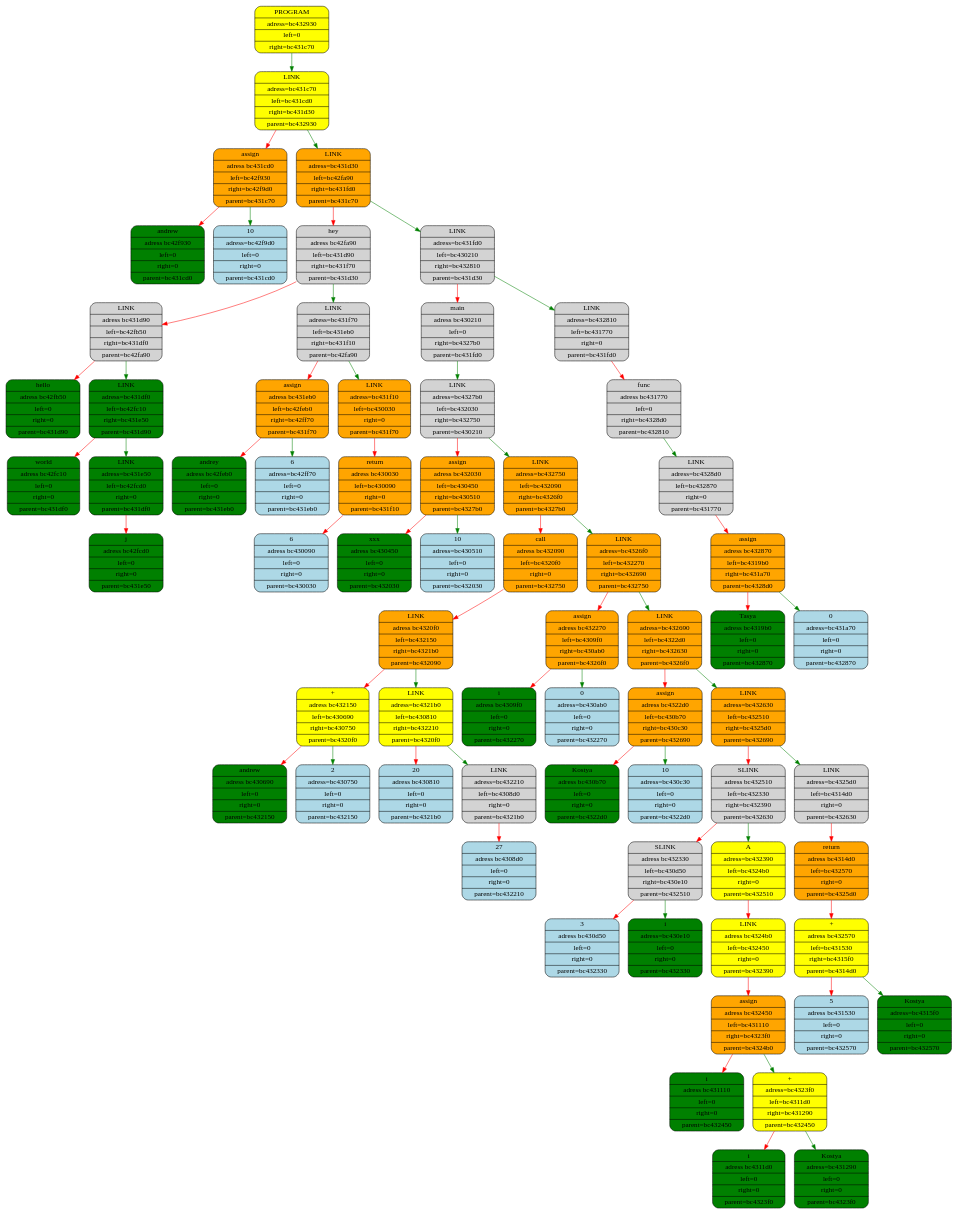
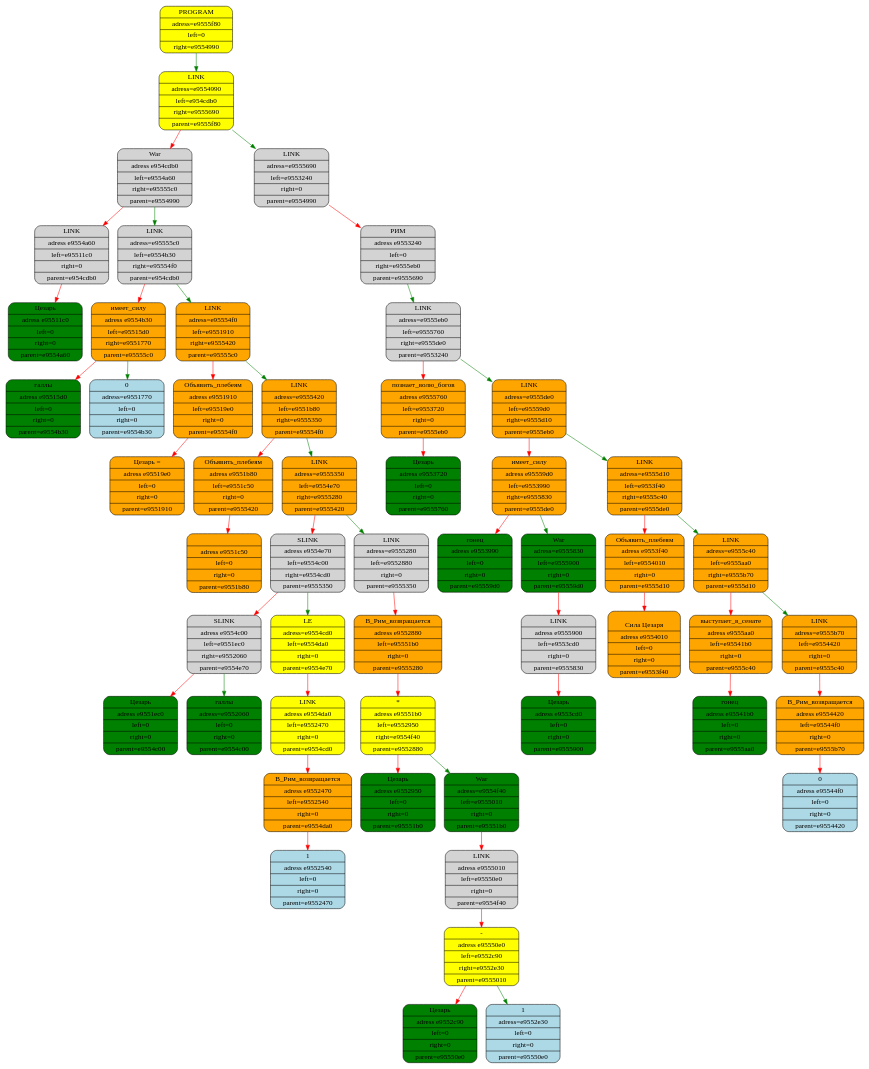
One commit to kostya2709/New_Roman changed the diagram in equation_dump.gv. Above: the diagram before and after it, drawn with Graphviz. The commit also changed 26 other files, not shown here.

```diff
--- a/equation_dump.gv
+++ b/equation_dump.gv
@@ -1,136 +1,108 @@
 digraph First{
 node [shape="Mrecord", style="filled", fillcolor="lightblue"];
-"boxbc432930" [fillcolor = "yellow",label="{PROGRAM|adress=bc432930|left=0|right=bc431c70}"];
-"boxbc431c70" [fillcolor="yellow",label="{LINK|adress=bc431c70|left=bc431cd0|right=bc431d30|parent=bc432930}"];
-"boxbc432930" -> "boxbc431c70"[color="green"];
-"boxbc431cd0" [fillcolor="orange",label="{assign|adress bc431cd0|left=bc42f930|right=bc42f9d0|parent=bc431c70}"];
-"boxbc431c70" -> "boxbc431cd0"[color="red"];
-"boxbc42f930" [fillcolor="green",label="{andrew|adress bc42f930|left=0|right=0|parent=bc431cd0}"];
-"boxbc431cd0" -> "boxbc42f930"[color="red"];
-"boxbc42f9d0" [label="{10|adress=bc42f9d0|left=0|right=0|parent=bc431cd0}"];
-"boxbc431cd0" -> "boxbc42f9d0"[color="green"];
-"boxbc431d30" [fillcolor="orange",label="{LINK|adress=bc431d30|left=bc42fa90|right=bc431fd0|parent=bc431c70}"];
-"boxbc431c70" -> "boxbc431d30"[color="green"];
-"boxbc42fa90" [fillcolor="",label="{hey|adress bc42fa90|left=bc431d90|right=bc431f70|parent=bc431d30}"];
-"boxbc431d30" -> "boxbc42fa90"[color="red"];
-"boxbc431d90" [fillcolor="",label="{LINK|adress bc431d90|left=bc42fb50|right=bc431df0|parent=bc42fa90}"];
-"boxbc42fa90" -> "boxbc431d90"[color="red"];
-"boxbc42fb50" [fillcolor="green",label="{hello|adress bc42fb50|left=0|right=0|parent=bc431d90}"];
-"boxbc431d90" -> "boxbc42fb50"[color="red"];
-"boxbc431df0" [fillcolor="green",label="{LINK|adress=bc431df0|left=bc42fc10|right=bc431e50|parent=bc431d90}"];
-"boxbc431d90" -> "boxbc431df0"[color="green"];
-"boxbc42fc10" [fillcolor="green",label="{world|adress bc42fc10|left=0|right=0|parent=bc431df0}"];
-"boxbc431df0" -> "boxbc42fc10"[color="red"];
-"boxbc431e50" [fillcolor="green",label="{LINK|adress=bc431e50|left=bc42fcd0|right=0|parent=bc431df0}"];
-"boxbc431df0" -> "boxbc431e50"[color="green"];
-"boxbc42fcd0" [fillcolor="green",label="{j|adress bc42fcd0|left=0|right=0|parent=bc431e50}"];
-"boxbc431e50" -> "boxbc42fcd0"[color="red"];
-"boxbc431f70" [fillcolor="",label="{LINK|adress=bc431f70|left=bc431eb0|right=bc431f10|parent=bc42fa90}"];
-"boxbc42fa90" -> "boxbc431f70"[color="green"];
-"boxbc431eb0" [fillcolor="orange",label="{assign|adress bc431eb0|left=bc42feb0|right=bc42ff70|parent=bc431f70}"];
-"boxbc431f70" -> "boxbc431eb0"[color="red"];
-"boxbc42feb0" [fillcolor="green",label="{andrey|adress bc42feb0|left=0|right=0|parent=bc431eb0}"];
-"boxbc431eb0" -> "boxbc42feb0"[color="red"];
-"boxbc42ff70" [label="{6|adress=bc42ff70|left=0|right=0|parent=bc431eb0}"];
-"boxbc431eb0" -> "boxbc42ff70"[color="green"];
-"boxbc431f10" [fillcolor="orange",label="{LINK|adress=bc431f10|left=bc430030|right=0|parent=bc431f70}"];
-"boxbc431f70" -> "boxbc431f10"[color="green"];
-"boxbc430030" [fillcolor="orange",label="{return|adress bc430030|left=bc430090|right=0|parent=bc431f10}"];
-"boxbc431f10" -> "boxbc430030"[color="red"];
-"boxbc430090" [label="{6|adress bc430090|left=0|right=0|parent=bc430030}"];
-"boxbc430030" -> "boxbc430090"[color="red"];
-"boxbc431fd0" [fillcolor="",label="{LINK|adress=bc431fd0|left=bc430210|right=bc432810|parent=bc431d30}"];
-"boxbc431d30" -> "boxbc431fd0"[color="green"];
-"boxbc430210" [fillcolor="",label="{main|adress bc430210|left=0|right=bc4327b0|parent=bc431fd0}"];
-"boxbc431fd0" -> "boxbc430210"[color="red"];
-"boxbc4327b0" [fillcolor="",label="{LINK|adress=bc4327b0|left=bc432030|right=bc432750|parent=bc430210}"];
-"boxbc430210" -> "boxbc4327b0"[color="green"];
-"boxbc432030" [fillcolor="orange",label="{assign|adress bc432030|left=bc430450|right=bc430510|parent=bc4327b0}"];
-"boxbc4327b0" -> "boxbc432030"[color="red"];
-"boxbc430450" [fillcolor="green",label="{xxx|adress bc430450|left=0|right=0|parent=bc432030}"];
-"boxbc432030" -> "boxbc430450"[color="red"];
-"boxbc430510" [label="{10|adress=bc430510|left=0|right=0|parent=bc432030}"];
-"boxbc432030" -> "boxbc430510"[color="green"];
-"boxbc432750" [fillcolor="orange",label="{LINK|adress=bc432750|left=bc432090|right=bc4326f0|parent=bc4327b0}"];
-"boxbc4327b0" -> "boxbc432750"[color="green"];
-"boxbc432090" [fillcolor="orange",label="{call|adress bc432090|left=bc4320f0|right=0|parent=bc432750}"];
-"boxbc432750" -> "boxbc432090"[color="red"];
-"boxbc4320f0" [fillcolor="orange",label="{LINK|adress bc4320f0|left=bc432150|right=bc4321b0|parent=bc432090}"];
-"boxbc432090" -> "boxbc4320f0"[color="red"];
-"boxbc432150" [fillcolor="yellow",label="{+|adress bc432150|left=bc430690|right=bc430750|parent=bc4320f0}"];
-"boxbc4320f0" -> "boxbc432150"[color="red"];
-"boxbc430690" [fillcolor="green",label="{andrew|adress bc430690|left=0|right=0|parent=bc432150}"];
-"boxbc432150" -> "boxbc430690"[color="red"];
-"boxbc430750" [label="{2|adress=bc430750|left=0|right=0|parent=bc432150}"];
-"boxbc432150" -> "boxbc430750"[color="green"];
-"boxbc4321b0" [fillcolor="yellow",label="{LINK|adress=bc4321b0|left=bc430810|right=bc432210|parent=bc4320f0}"];
-"boxbc4320f0" -> "boxbc4321b0"[color="green"];
-"boxbc430810" [label="{20|adress bc430810|left=0|right=0|parent=bc4321b0}"];
-"boxbc4321b0" -> "boxbc430810"[color="red"];
-"boxbc432210" [fillcolor="",label="{LINK|adress=bc432210|left=bc4308d0|right=0|parent=bc4321b0}"];
-"boxbc4321b0" -> "boxbc432210"[color="green"];
-"boxbc4308d0" [label="{27|adress bc4308d0|left=0|right=0|parent=bc432210}"];
-"boxbc432210" -> "boxbc4308d0"[color="red"];
-"boxbc4326f0" [fillcolor="orange",label="{LINK|adress=bc4326f0|left=bc432270|right=bc432690|parent=bc432750}"];
-"boxbc432750" -> "boxbc4326f0"[color="green"];
-"boxbc432270" [fillcolor="orange",label="{assign|adress bc432270|left=bc4309f0|right=bc430ab0|parent=bc4326f0}"];
-"boxbc4326f0" -> "boxbc432270"[color="red"];
-"boxbc4309f0" [fillcolor="green",label="{i|adress bc4309f0|left=0|right=0|parent=bc432270}"];
-"boxbc432270" -> "boxbc4309f0"[color="red"];
-"boxbc430ab0" [label="{0|adress=bc430ab0|left=0|right=0|parent=bc432270}"];
-"boxbc432270" -> "boxbc430ab0"[color="green"];
-"boxbc432690" [fillcolor="orange",label="{LINK|adress=bc432690|left=bc4322d0|right=bc432630|parent=bc4326f0}"];
-"boxbc4326f0" -> "boxbc432690"[color="green"];
-"boxbc4322d0" [fillcolor="orange",label="{assign|adress bc4322d0|left=bc430b70|right=bc430c30|parent=bc432690}"];
-"boxbc432690" -> "boxbc4322d0"[color="red"];
-"boxbc430b70" [fillcolor="green",label="{Kostya|adress bc430b70|left=0|right=0|parent=bc4322d0}"];
-"boxbc4322d0" -> "boxbc430b70"[color="red"];
-"boxbc430c30" [label="{10|adress=bc430c30|left=0|right=0|parent=bc4322d0}"];
-"boxbc4322d0" -> "boxbc430c30"[color="green"];
-"boxbc432630" [fillcolor="orange",label="{LINK|adress=bc432630|left=bc432510|right=bc4325d0|parent=bc432690}"];
-"boxbc432690" -> "boxbc432630"[color="green"];
-"boxbc432510" [fillcolor="",label="{SLINK|adress bc432510|left=bc432330|right=bc432390|parent=bc432630}"];
-"boxbc432630" -> "boxbc432510"[color="red"];
-"boxbc432330" [fillcolor="",label="{SLINK|adress bc432330|left=bc430d50|right=bc430e10|parent=bc432510}"];
-"boxbc432510" -> "boxbc432330"[color="red"];
-"boxbc430d50" [label="{3|adress bc430d50|left=0|right=0|parent=bc432330}"];
-"boxbc432330" -> "boxbc430d50"[color="red"];
-"boxbc430e10" [fillcolor="green",label="{i|adress=bc430e10|left=0|right=0|parent=bc432330}"];
-"boxbc432330" -> "boxbc430e10"[color="green"];
-"boxbc432390" [fillcolor="yellow",label="{A|adress=bc432390|left=bc4324b0|right=0|parent=bc432510}"];
-"boxbc432510" -> "boxbc432390"[color="green"];
-"boxbc4324b0" [fillcolor="yellow",label="{LINK|adress bc4324b0|left=bc432450|right=0|parent=bc432390}"];
-"boxbc432390" -> "boxbc4324b0"[color="red"];
-"boxbc432450" [fillcolor="orange",label="{assign|adress bc432450|left=bc431110|right=bc4323f0|parent=bc4324b0}"];
-"boxbc4324b0" -> "boxbc432450"[color="red"];
-"boxbc431110" [fillcolor="green",label="{i|adress bc431110|left=0|right=0|parent=bc432450}"];
-"boxbc432450" -> "boxbc431110"[color="red"];
-"boxbc4323f0" [fillcolor="yellow",label="{+|adress=bc4323f0|left=bc4311d0|right=bc431290|parent=bc432450}"];
-"boxbc432450" -> "boxbc4323f0"[color="green"];
-"boxbc4311d0" [fillcolor="green",label="{i|adress bc4311d0|left=0|right=0|parent=bc4323f0}"];
-"boxbc4323f0" -> "boxbc4311d0"[color="red"];
-"boxbc431290" [fillcolor="green",label="{Kostya|adress=bc431290|left=0|right=0|parent=bc4323f0}"];
-"boxbc4323f0" -> "boxbc431290"[color="green"];
-"boxbc4325d0" [fillcolor="",label="{LINK|adress=bc4325d0|left=bc4314d0|right=0|parent=bc432630}"];
-"boxbc432630" -> "boxbc4325d0"[color="green"];
-"boxbc4314d0" [fillcolor="orange",label="{return|adress bc4314d0|left=bc432570|right=0|parent=bc4325d0}"];
-"boxbc4325d0" -> "boxbc4314d0"[color="red"];
-"boxbc432570" [fillcolor="yellow",label="{+|adress bc432570|left=bc431530|right=bc4315f0|parent=bc4314d0}"];
-"boxbc4314d0" -> "boxbc432570"[color="red"];
-"boxbc431530" [label="{5|adress bc431530|left=0|right=0|parent=bc432570}"];
-"boxbc432570" -> "boxbc431530"[color="red"];
-"boxbc4315f0" [fillcolor="green",label="{Kostya|adress=bc4315f0|left=0|right=0|parent=bc432570}"];
-"boxbc432570" -> "boxbc4315f0"[color="green"];
-"boxbc432810" [fillcolor="",label="{LINK|adress=bc432810|left=bc431770|right=0|parent=bc431fd0}"];
-"boxbc431fd0" -> "boxbc432810"[color="green"];
-"boxbc431770" [fillcolor="",label="{func|adress bc431770|left=0|right=bc4328d0|parent=bc432810}"];
-"boxbc432810" -> "boxbc431770"[color="red"];
-"boxbc4328d0" [fillcolor="",label="{LINK|adress=bc4328d0|left=bc432870|right=0|parent=bc431770}"];
-"boxbc431770" -> "boxbc4328d0"[color="green"];
-"boxbc432870" [fillcolor="orange",label="{assign|adress bc432870|left=bc4319b0|right=bc431a70|parent=bc4328d0}"];
-"boxbc4328d0" -> "boxbc432870"[color="red"];
-"boxbc4319b0" [fillcolor="green",label="{Tasya|adress bc4319b0|left=0|right=0|parent=bc432870}"];
-"boxbc432870" -> "boxbc4319b0"[color="red"];
-"boxbc431a70" [label="{0|adress=bc431a70|left=0|right=0|parent=bc432870}"];
-"boxbc432870" -> "boxbc431a70"[color="green"];
+"boxe9555f80" [fillcolor = "yellow",label="{PROGRAM|adress=e9555f80|left=0|right=e9554990}"];
+"boxe9554990" [fillcolor="yellow",label="{LINK|adress=e9554990|left=e954cdb0|right=e9555690|parent=e9555f80}"];
+"boxe9555f80" -> "boxe9554990"[color="green"];
+"boxe954cdb0" [fillcolor="",label="{War|adress e954cdb0|left=e9554a60|right=e95555c0|parent=e9554990}"];
+"boxe9554990" -> "boxe954cdb0"[color="red"];
+"boxe9554a60" [fillcolor="",label="{LINK|adress e9554a60|left=e95511c0|right=0|parent=e954cdb0}"];
+"boxe954cdb0" -> "boxe9554a60"[color="red"];
+"boxe95511c0" [fillcolor="green",label="{Цезарь|adress e95511c0|left=0|right=0|parent=e9554a60}"];
+"boxe9554a60" -> "boxe95511c0"[color="red"];
+"boxe95555c0" [fillcolor="",label="{LINK|adress=e95555c0|left=e9554b30|right=e95554f0|parent=e954cdb0}"];
+"boxe954cdb0" -> "boxe95555c0"[color="green"];
+"boxe9554b30" [fillcolor="orange",label="{имеет_силу|adress e9554b30|left=e95515d0|right=e9551770|parent=e95555c0}"];
+"boxe95555c0" -> "boxe9554b30"[color="red"];
+"boxe95515d0" [fillcolor="green",label="{галлы|adress e95515d0|left=0|right=0|parent=e9554b30}"];
+"boxe9554b30" -> "boxe95515d0"[color="red"];
+"boxe9551770" [label="{0|adress=e9551770|left=0|right=0|parent=e9554b30}"];
+"boxe9554b30" -> "boxe9551770"[color="green"];
+"boxe95554f0" [fillcolor="orange",label="{LINK|adress=e95554f0|left=e9551910|right=e9555420|parent=e95555c0}"];
+"boxe95555c0" -> "boxe95554f0"[color="green"];
+"boxe9551910" [fillcolor="orange",label="{Объявить_плебеям|adress e9551910|left=e95519e0|right=0|parent=e95554f0}"];
+"boxe95554f0" -> "boxe9551910"[color="red"];
+"boxe95519e0" [fillcolor="orange",label="{Цезарь = |adress e95519e0|left=0|right=0|parent=e9551910}"];
+"boxe9551910" -> "boxe95519e0"[color="red"];
+"boxe9555420" [fillcolor="orange",label="{LINK|adress=e9555420|left=e9551b80|right=e9555350|parent=e95554f0}"];
+"boxe95554f0" -> "boxe9555420"[color="green"];
+"boxe9551b80" [fillcolor="orange",label="{Объявить_плебеям|adress e9551b80|left=e9551c50|right=0|parent=e9555420}"];
+"boxe9555420" -> "boxe9551b80"[color="red"];
+"boxe9551c50" [fillcolor="orange",label="{\n|adress e9551c50|left=0|right=0|parent=e9551b80}"];
+"boxe9551b80" -> "boxe9551c50"[color="red"];
+"boxe9555350" [fillcolor="orange",label="{LINK|adress=e9555350|left=e9554e70|right=e9555280|parent=e9555420}"];
+"boxe9555420" -> "boxe9555350"[color="green"];
+"boxe9554e70" [fillcolor="",label="{SLINK|adress e9554e70|left=e9554c00|right=e9554cd0|parent=e9555350}"];
+"boxe9555350" -> "boxe9554e70"[color="red"];
+"boxe9554c00" [fillcolor="",label="{SLINK|adress e9554c00|left=e9551ec0|right=e9552060|parent=e9554e70}"];
+"boxe9554e70" -> "boxe9554c00"[color="red"];
+"boxe9551ec0" [fillcolor="green",label="{Цезарь|adress e9551ec0|left=0|right=0|parent=e9554c00}"];
+"boxe9554c00" -> "boxe9551ec0"[color="red"];
+"boxe9552060" [fillcolor="green",label="{галлы|adress=e9552060|left=0|right=0|parent=e9554c00}"];
+"boxe9554c00" -> "boxe9552060"[color="green"];
+"boxe9554cd0" [fillcolor="yellow",label="{LE|adress=e9554cd0|left=e9554da0|right=0|parent=e9554e70}"];
+"boxe9554e70" -> "boxe9554cd0"[color="green"];
+"boxe9554da0" [fillcolor="yellow",label="{LINK|adress e9554da0|left=e9552470|right=0|parent=e9554cd0}"];
+"boxe9554cd0" -> "boxe9554da0"[color="red"];
+"boxe9552470" [fillcolor="orange",label="{В_Рим_возвращается|adress e9552470|left=e9552540|right=0|parent=e9554da0}"];
+"boxe9554da0" -> "boxe9552470"[color="red"];
+"boxe9552540" [label="{1|adress e9552540|left=0|right=0|parent=e9552470}"];
+"boxe9552470" -> "boxe9552540"[color="red"];
+"boxe9555280" [fillcolor="",label="{LINK|adress=e9555280|left=e9552880|right=0|parent=e9555350}"];
+"boxe9555350" -> "boxe9555280"[color="green"];
+"boxe9552880" [fillcolor="orange",label="{В_Рим_возвращается|adress e9552880|left=e95551b0|right=0|parent=e9555280}"];
+"boxe9555280" -> "boxe9552880"[color="red"];
+"boxe95551b0" [fillcolor="yellow",label="{*|adress e95551b0|left=e9552950|right=e9554f40|parent=e9552880}"];
+"boxe9552880" -> "boxe95551b0"[color="red"];
+"boxe9552950" [fillcolor="green",label="{Цезарь|adress e9552950|left=0|right=0|parent=e95551b0}"];
+"boxe95551b0" -> "boxe9552950"[color="red"];
+"boxe9554f40" [fillcolor="green",label="{War|adress=e9554f40|left=e9555010|right=0|parent=e95551b0}"];
+"boxe95551b0" -> "boxe9554f40"[color="green"];
+"boxe9555010" [fillcolor="",label="{LINK|adress e9555010|left=e95550e0|right=0|parent=e9554f40}"];
+"boxe9554f40" -> "boxe9555010"[color="red"];
+"boxe95550e0" [fillcolor="yellow",label="{-|adress e95550e0|left=e9552c90|right=e9552e30|parent=e9555010}"];
+"boxe9555010" -> "boxe95550e0"[color="red"];
+"boxe9552c90" [fillcolor="green",label="{Цезарь|adress e9552c90|left=0|right=0|parent=e95550e0}"];
+"boxe95550e0" -> "boxe9552c90"[color="red"];
+"boxe9552e30" [label="{1|adress=e9552e30|left=0|right=0|parent=e95550e0}"];
+"boxe95550e0" -> "boxe9552e30"[color="green"];
+"boxe9555690" [fillcolor="",label="{LINK|adress=e9555690|left=e9553240|right=0|parent=e9554990}"];
+"boxe9554990" -> "boxe9555690"[color="green"];
+"boxe9553240" [fillcolor="",label="{РИМ|adress e9553240|left=0|right=e9555eb0|parent=e9555690}"];
+"boxe9555690" -> "boxe9553240"[color="red"];
+"boxe9555eb0" [fillcolor="",label="{LINK|adress=e9555eb0|left=e9555760|right=e9555de0|parent=e9553240}"];
+"boxe9553240" -> "boxe9555eb0"[color="green"];
+"boxe9555760" [fillcolor="orange",label="{познает_волю_богов|adress e9555760|left=e9553720|right=0|parent=e9555eb0}"];
+"boxe9555eb0" -> "boxe9555760"[color="red"];
+"boxe9553720" [fillcolor="green",label="{Цезарь|adress e9553720|left=0|right=0|parent=e9555760}"];
+"boxe9555760" -> "boxe9553720"[color="red"];
+"boxe9555de0" [fillcolor="orange",label="{LINK|adress=e9555de0|left=e95559d0|right=e9555d10|parent=e9555eb0}"];
+"boxe9555eb0" -> "boxe9555de0"[color="green"];
+"boxe95559d0" [fillcolor="orange",label="{имеет_силу|adress e95559d0|left=e9553990|right=e9555830|parent=e9555de0}"];
+"boxe9555de0" -> "boxe95559d0"[color="red"];
+"boxe9553990" [fillcolor="green",label="{гонец|adress e9553990|left=0|right=0|parent=e95559d0}"];
+"boxe95559d0" -> "boxe9553990"[color="red"];
+"boxe9555830" [fillcolor="green",label="{War|adress=e9555830|left=e9555900|right=0|parent=e95559d0}"];
+"boxe95559d0" -> "boxe9555830"[color="green"];
+"boxe9555900" [fillcolor="",label="{LINK|adress e9555900|left=e9553cd0|right=0|parent=e9555830}"];
+"boxe9555830" -> "boxe9555900"[color="red"];
+"boxe9553cd0" [fillcolor="green",label="{Цезарь|adress e9553cd0|left=0|right=0|parent=e9555900}"];
+"boxe9555900" -> "boxe9553cd0"[color="red"];
+"boxe9555d10" [fillcolor="orange",label="{LINK|adress=e9555d10|left=e9553f40|right=e9555c40|parent=e9555de0}"];
+"boxe9555de0" -> "boxe9555d10"[color="green"];
+"boxe9553f40" [fillcolor="orange",label="{Объявить_плебеям|adress e9553f40|left=e9554010|right=0|parent=e9555d10}"];
+"boxe9555d10" -> "boxe9553f40"[color="red"];
+"boxe9554010" [fillcolor="orange",label="{\nСила Цезаря |adress e9554010|left=0|right=0|parent=e9553f40}"];
+"boxe9553f40" -> "boxe9554010"[color="red"];
+"boxe9555c40" [fillcolor="orange",label="{LINK|adress=e9555c40|left=e9555aa0|right=e9555b70|parent=e9555d10}"];
+"boxe9555d10" -> "boxe9555c40"[color="green"];
+"boxe9555aa0" [fillcolor="orange",label="{выступает_в_сенате|adress e9555aa0|left=e95541b0|right=0|parent=e9555c40}"];
+"boxe9555c40" -> "boxe9555aa0"[color="red"];
+"boxe95541b0" [fillcolor="green",label="{гонец|adress e95541b0|left=0|right=0|parent=e9555aa0}"];
+"boxe9555aa0" -> "boxe95541b0"[color="red"];
+"boxe9555b70" [fillcolor="orange",label="{LINK|adress=e9555b70|left=e9554420|right=0|parent=e9555c40}"];
+"boxe9555c40" -> "boxe9555b70"[color="green"];
+"boxe9554420" [fillcolor="orange",label="{В_Рим_возвращается|adress e9554420|left=e95544f0|right=0|parent=e9555b70}"];
+"boxe9555b70" -> "boxe9554420"[color="red"];
+"boxe95544f0" [label="{0|adress e95544f0|left=0|right=0|parent=e9554420}"];
+"boxe9554420" -> "boxe95544f0"[color="red"];
 }
```
